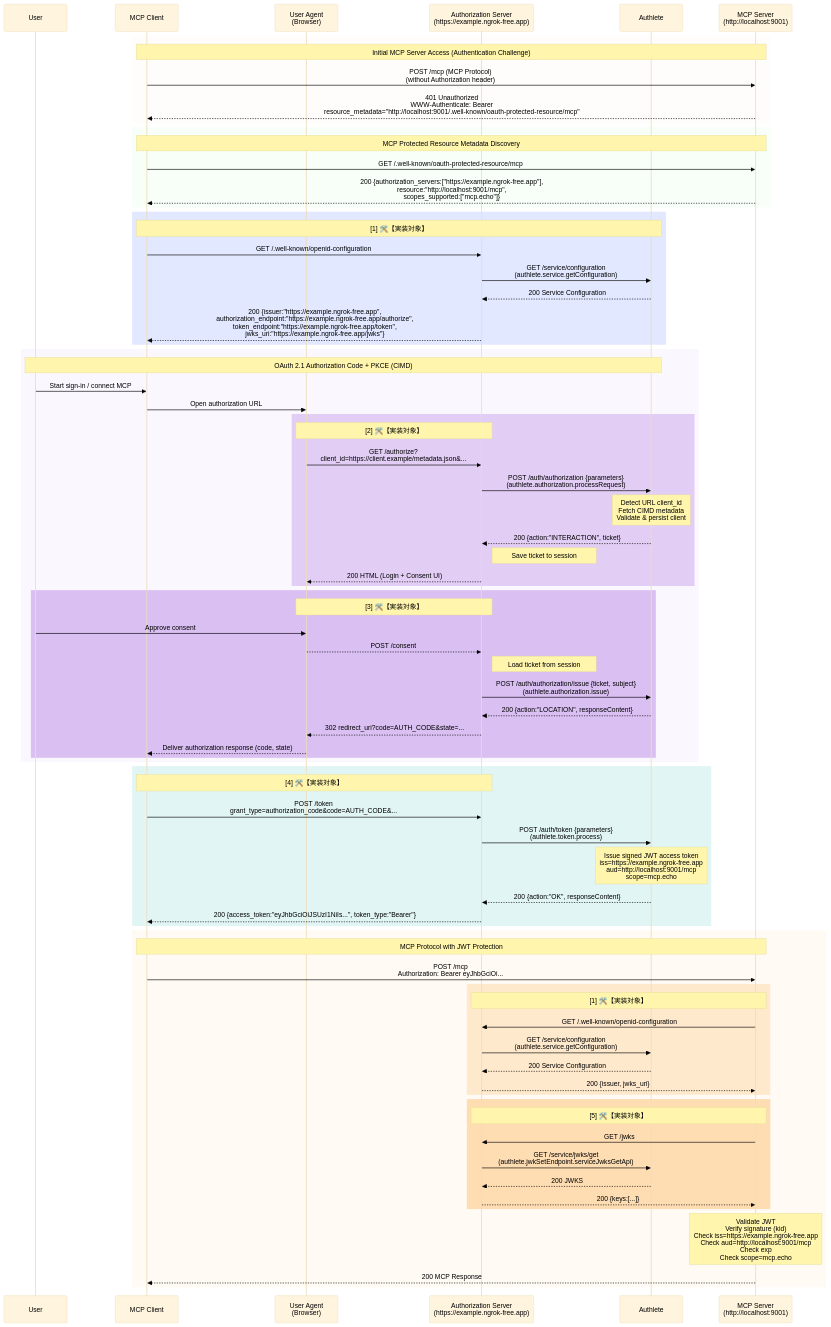
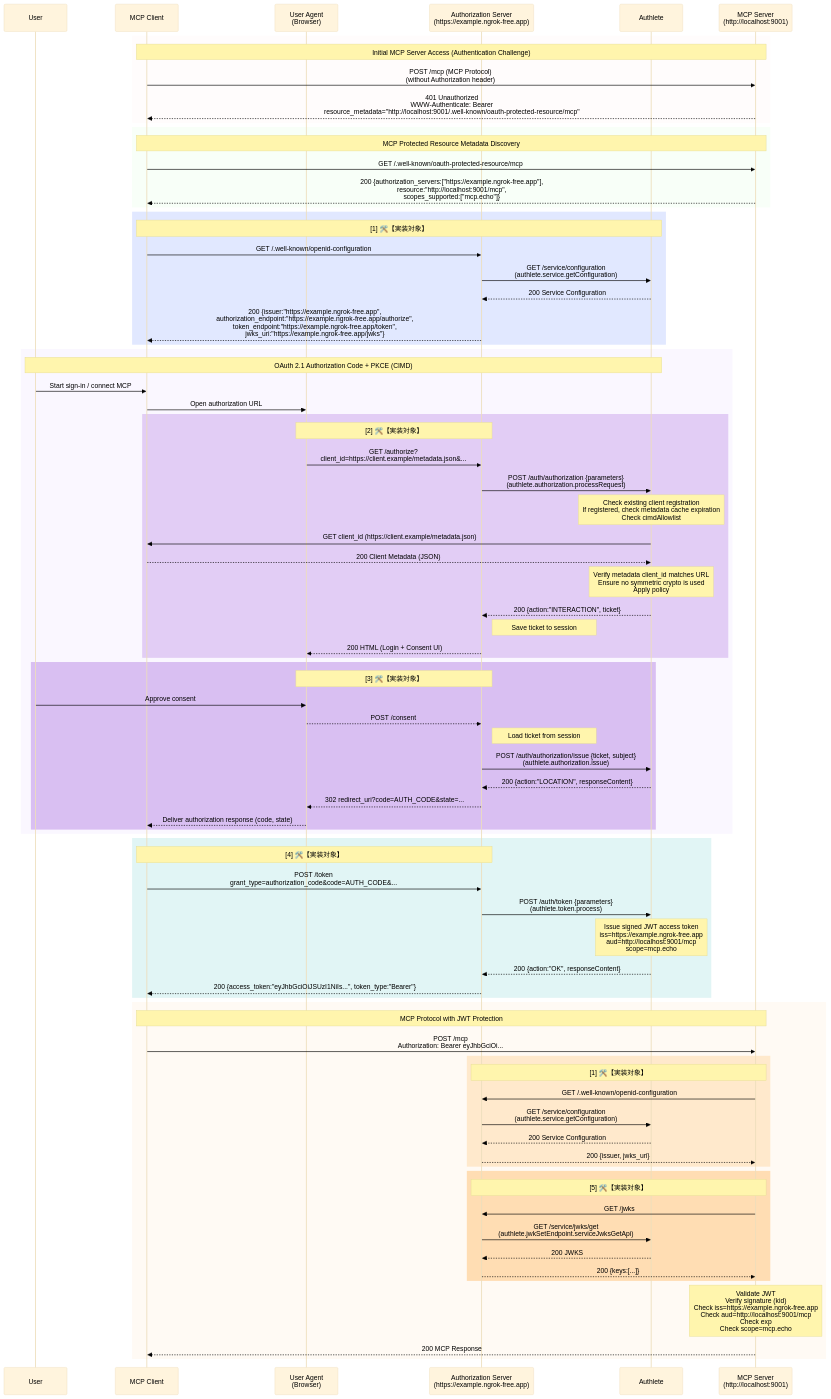
One commit to authlete/study-session-2026-02 changed the diagram in docs/02-implement-authorization-server.md. Above: the diagram before and after it, drawn with Mermaid. The commit also changed 1 other file, not shown here.

Commit message:
docs: refine CIMD flow details

```diff
--- a/docs/02-implement-authorization-server.md
+++ b/docs/02-implement-authorization-server.md
@@ -116,7 +116,10 @@
             Note over UA,AS: [2] 🛠️【実装対象】
             UA->>AS: GET /authorize?<br/>client_id=https://client.example/metadata.json&...
             AS->>AL: POST /auth/authorization {parameters}<br/>(authlete.authorization.processRequest)
-            Note over AL: Detect URL client_id<br/>Fetch CIMD metadata<br/>Validate & persist client
+            Note over AL: Check existing client registration<br/>If registered, check metadata cache expiration<br/>Check cimdAllowlist
+            AL->>C: GET client_id (https://client.example/metadata.json)
+            C-->>AL: 200 Client Metadata (JSON)
+            Note over AL: Verify metadata client_id matches URL<br/>Ensure no symmetric crypto is used<br/>Apply policy
             AL-->>AS: 200 {action:"INTERACTION", ticket}
             Note right of AS: Save ticket to session
             AS-->>UA: 200 HTML (Login + Consent UI)
```
